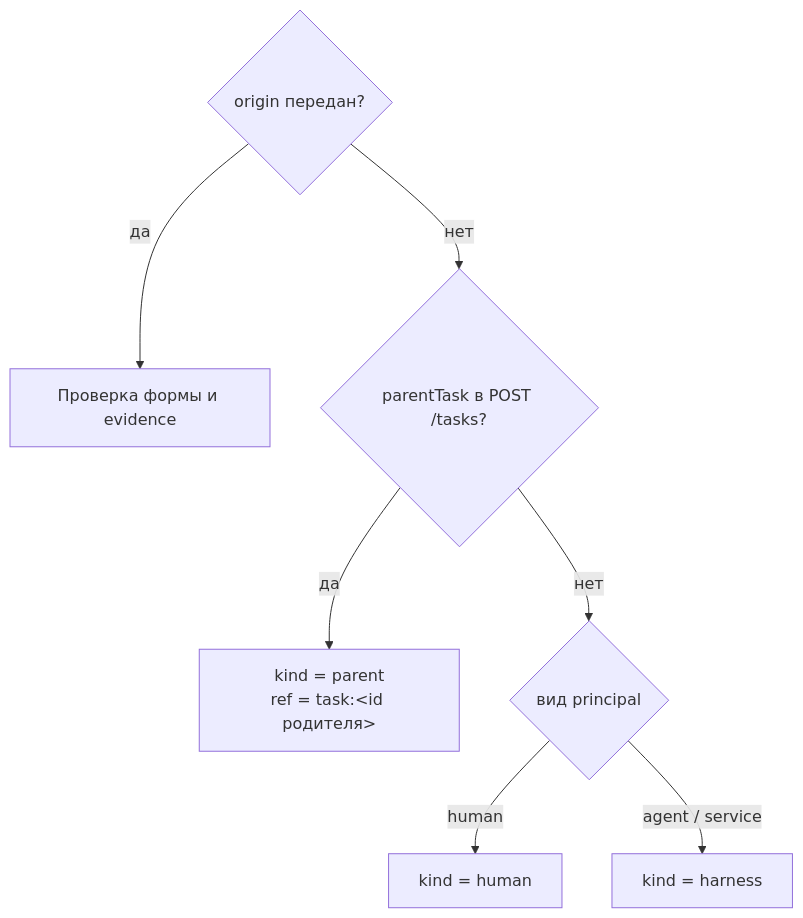
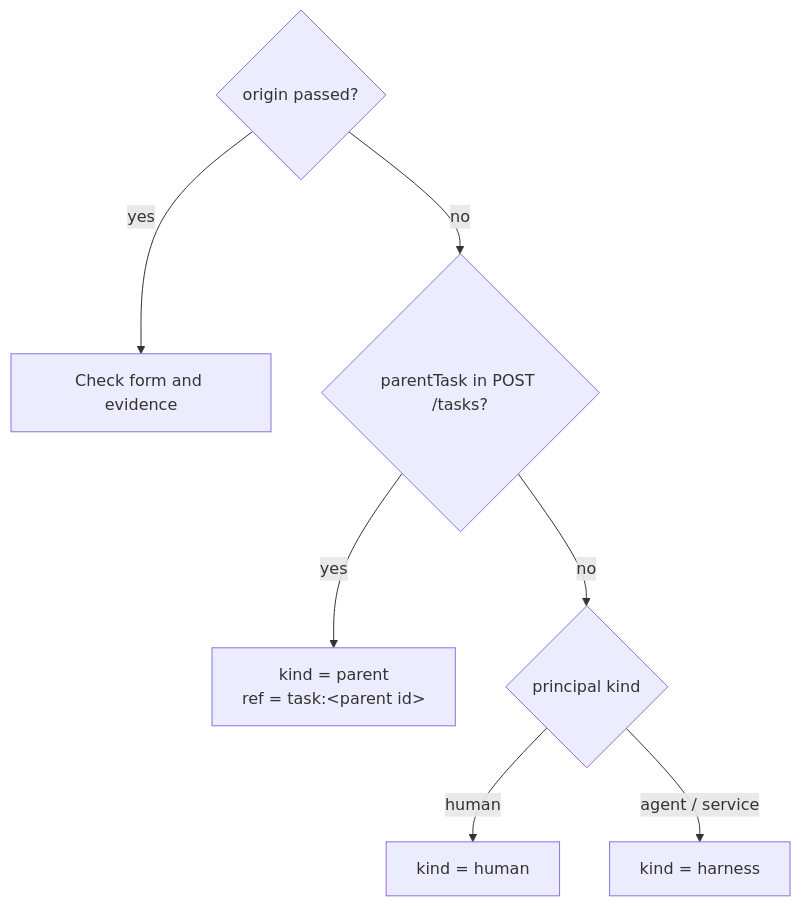
Before and after one commit to monthu56/taimen: the third of 4 diagrams in guide/docs/control-plane/goals-and-evidence.md, drawn with Mermaid. The commit also changed other lines of this file and 183 other files, not shown here.

````diff
--- a/guide/docs/control-plane/goals-and-evidence.md
+++ b/guide/docs/control-plane/goals-and-evidence.md
@@ -205,9 +206,9 @@
 ```mermaid
 flowchart TD
-    A{"origin передан?"} -- да --> V["Проверка формы и evidence"]
-    A -- нет --> B{"parentTask в POST /tasks?"}
-    B -- да --> P["kind = parent<br/>ref = task:&lt;id родителя&gt;"]
-    B -- нет --> C{"вид principal"}
+    A{"origin passed?"} -- yes --> V["Check form and evidence"]
+    A -- no --> B{"parentTask in POST /tasks?"}
+    B -- yes --> P["kind = parent<br/>ref = task:&lt;parent id&gt;"]
+    B -- no --> C{"principal kind"}
     C -- human --> H["kind = human"]
     C -- agent / service --> R["kind = harness"]
 ```
````
